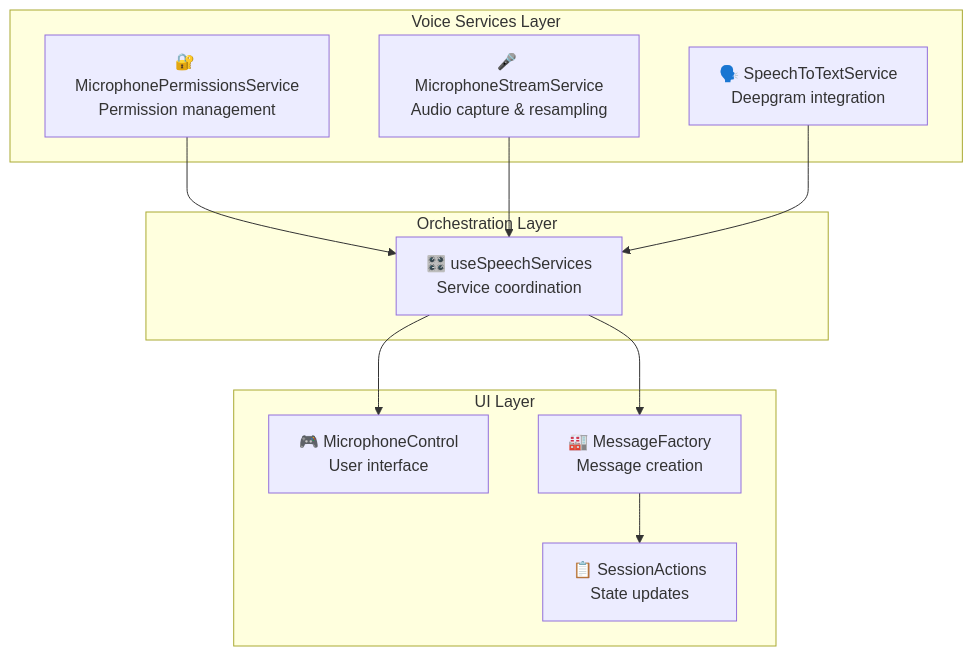
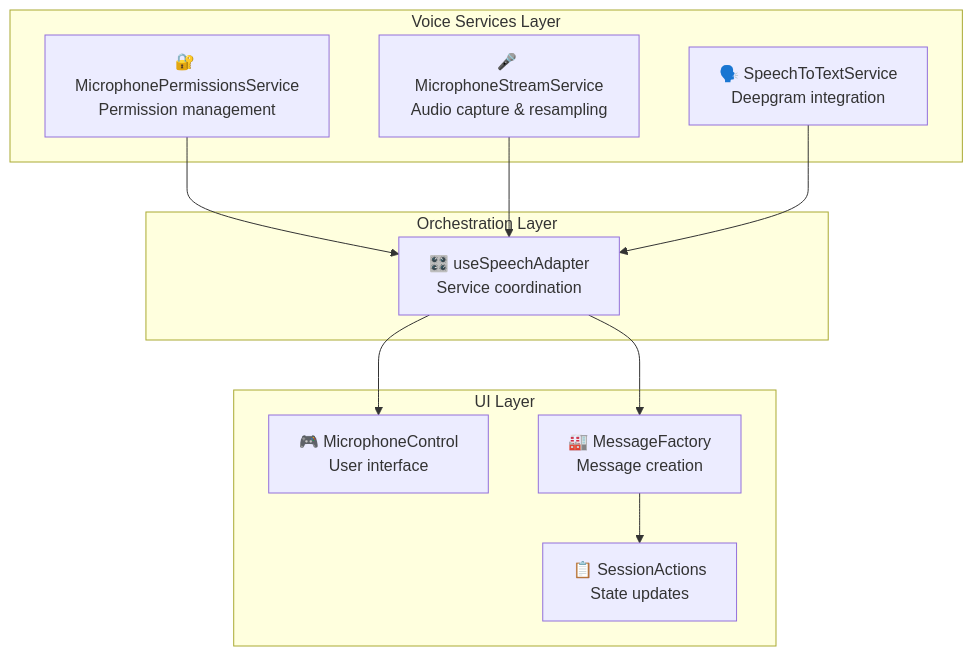
Before and after one commit to RoyAtUneeQ/kiosk-sama: the diagram in src/docs/pages/howto/voice-services.md, drawn with Mermaid. The commit also changed other lines of this file and 162 other files, not shown here.

````diff
--- a/src/docs/pages/howto/voice-services.md
+++ b/src/docs/pages/howto/voice-services.md
@@ -19,25 +19,25 @@
 ```mermaid
 graph TB
     subgraph "Voice Services Layer"
         PermService[🔐 MicrophonePermissionsService<br/>Permission management]
         StreamService[🎤 MicrophoneStreamService<br/>Audio capture & resampling]
         STTService[🗣️ SpeechToTextService<br/>Deepgram integration]
     end
     
     subgraph "Orchestration Layer"
-        SpeechHook[🎛️ useSpeechServices<br/>Service coordination]
+        SpeechHook[🎛️ useSpeechAdapter<br/>Service coordination]
     end
     
     subgraph "UI Layer"
         MicControl[🎮 MicrophoneControl<br/>User interface]
         MessageFactory[🏭 MessageFactory<br/>Message creation]
         SessionActions[📋 SessionActions<br/>State updates]
     end
     
     PermService --> SpeechHook
     StreamService --> SpeechHook
     STTService --> SpeechHook
     SpeechHook --> MicControl
     SpeechHook --> MessageFactory
     MessageFactory --> SessionActions
 ```
````
